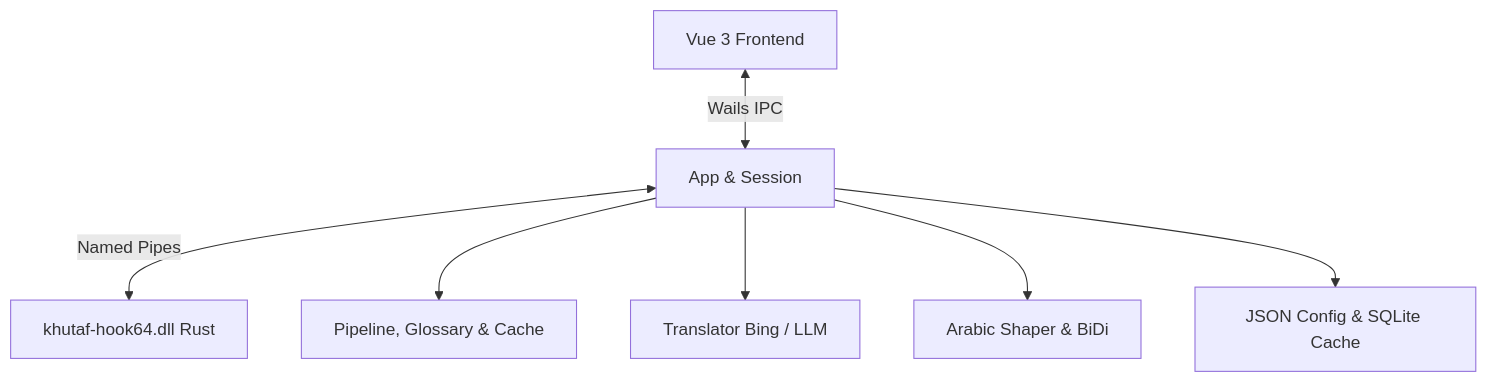
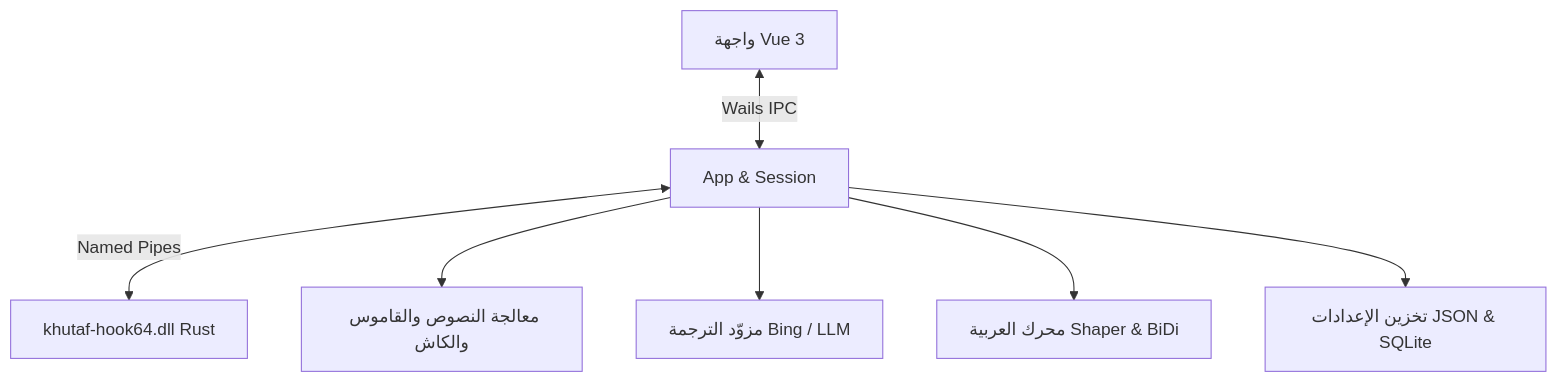
Before and after one commit to MohammadAboulEla/Khutaf: the diagram in README.md, drawn with Mermaid. The commit also changed other lines of this file and 2 other files, not shown here.

Commit message:
docs: replace Arabic README with English version

````diff
--- a/README.md
+++ b/README.md
@@ -88,9 +92,9 @@
 ```mermaid
 graph TD
-    A[Vue 3 Frontend] <-->|Wails IPC| B[App & Session]
+    A[واجهة Vue 3] <-->|Wails IPC| B[App & Session]
     B <-->|Named Pipes| C[khutaf-hook64.dll Rust]
-    B --> D[Pipeline, Glossary & Cache]
-    B --> E[Translator Bing / LLM]
-    B --> F[Arabic Shaper & BiDi]
-    B --> G[JSON Config & SQLite Cache]
+    B --> D[معالجة النصوص والقاموس والكاش]
+    B --> E[مزوّد الترجمة Bing / LLM]
+    B --> F[محرك العربية Shaper & BiDi]
+    B --> G[تخزين الإعدادات JSON & SQLite]
 ```
````
